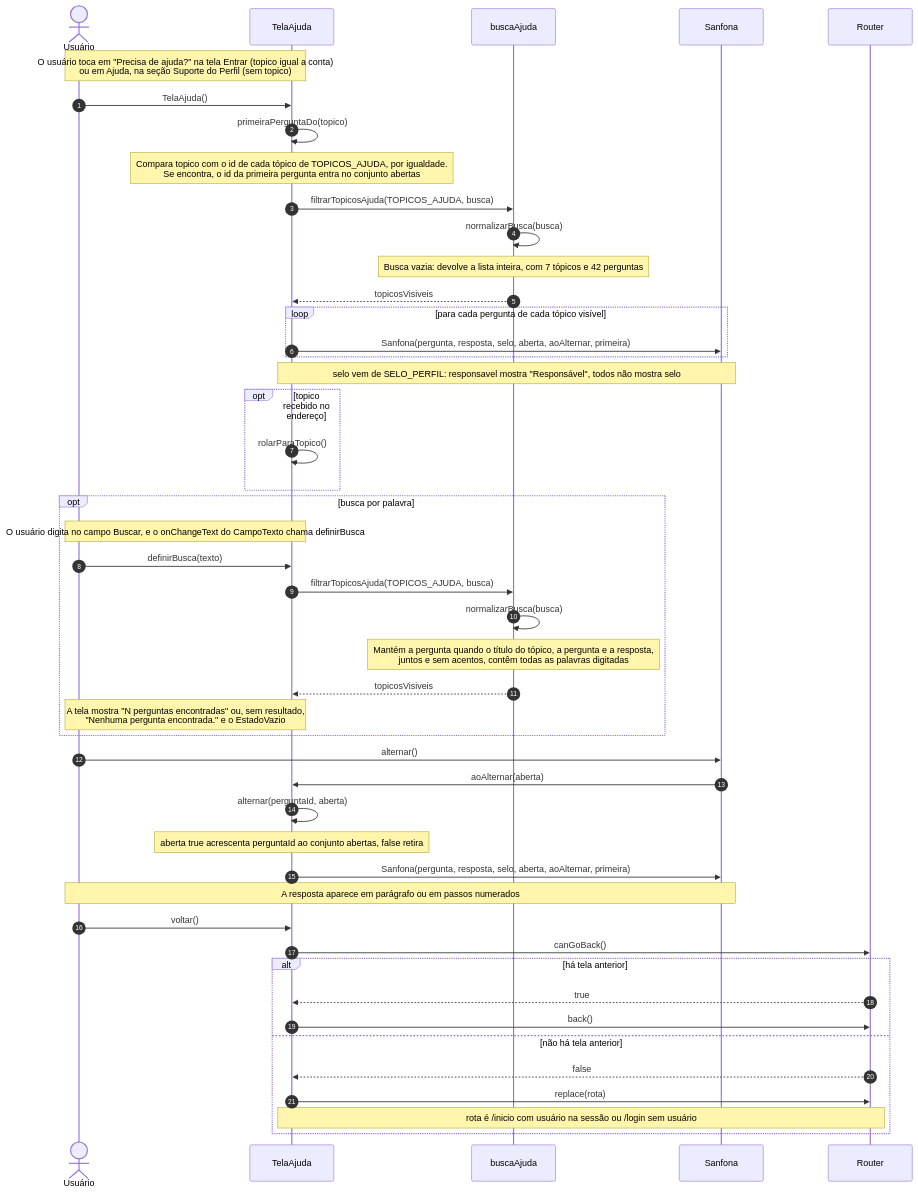
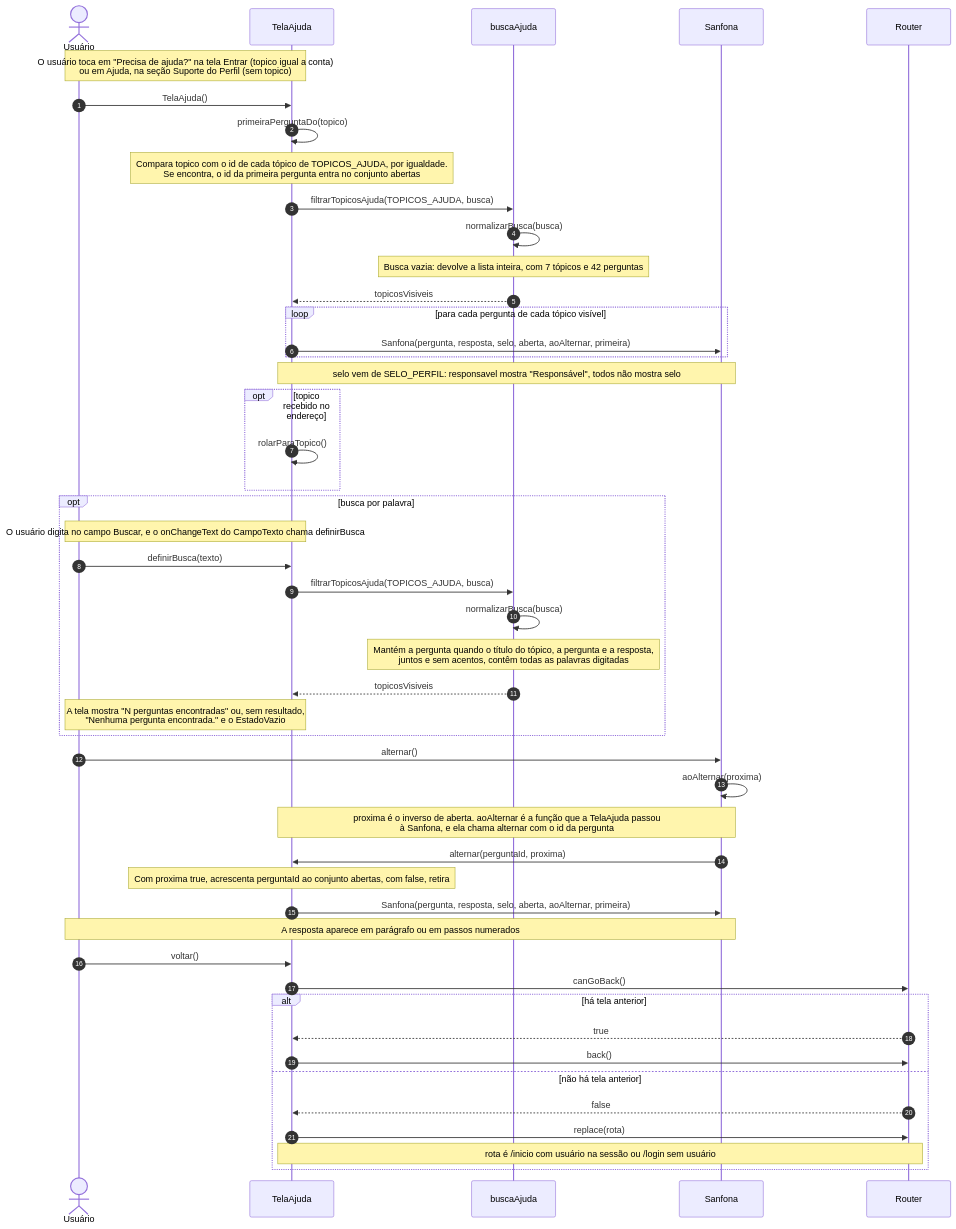
The first of 2 diagrams in 4 - Incremento 3/manual-de-utilizacao/6 - diagramas-sequencia-manual-de-utilizacao.md (Conecta-IFSP/DOCUMENTATION), drawn with Mermaid before and after one commit. The commit also changed other lines of this file and 97 other files, not shown here.

````diff
--- a/4 - Incremento 3/manual-de-utilizacao/6 - diagramas-sequencia-manual-de-utilizacao.md
+++ b/4 - Incremento 3/manual-de-utilizacao/6 - diagramas-sequencia-manual-de-utilizacao.md
@@ -24,49 +27,50 @@
 ```mermaid
 sequenceDiagram
     autonumber
     actor U as Usuário
     participant T as TelaAjuda
     participant B as buscaAjuda
     participant S as Sanfona
     participant R as Router
     Note over U,T: O usuário toca em "Precisa de ajuda?" na tela Entrar (topico igual a conta)<br/>ou em Ajuda, na seção Suporte do Perfil (sem topico)
     U->>T: TelaAjuda()
     T->>T: primeiraPerguntaDo(topico)
     Note over T: Compara topico com o id de cada tópico de TOPICOS_AJUDA, por igualdade.<br/>Se encontra, o id da primeira pergunta entra no conjunto abertas
     T->>B: filtrarTopicosAjuda(TOPICOS_AJUDA, busca)
     B->>B: normalizarBusca(busca)
     Note over B: Busca vazia: devolve a lista inteira, com 7 tópicos e 42 perguntas
     B-->>T: topicosVisiveis
     loop para cada pergunta de cada tópico visível
         T->>S: Sanfona(pergunta, resposta, selo, aberta, aoAlternar, primeira)
     end
     Note over T,S: selo vem de SELO_PERFIL: responsavel mostra "Responsável", todos não mostra selo
     opt topico recebido no endereço
         T->>T: rolarParaTopico()
     end
     opt busca por palavra
         Note over U,T: O usuário digita no campo Buscar, e o onChangeText do CampoTexto chama definirBusca
         U->>T: definirBusca(texto)
         T->>B: filtrarTopicosAjuda(TOPICOS_AJUDA, busca)
         B->>B: normalizarBusca(busca)
         Note over B: Mantém a pergunta quando o título do tópico, a pergunta e a resposta,<br/>juntos e sem acentos, contêm todas as palavras digitadas
         B-->>T: topicosVisiveis
         Note over U,T: A tela mostra "N perguntas encontradas" ou, sem resultado,<br/>"Nenhuma pergunta encontrada." e o EstadoVazio
     end
     U->>S: alternar()
-    S->>T: aoAlternar(aberta)
-    T->>T: alternar(perguntaId, aberta)
-    Note over T: aberta true acrescenta perguntaId ao conjunto abertas, false retira
+    S->>S: aoAlternar(proxima)
+    Note over S,T: proxima é o inverso de aberta. aoAlternar é a função que a TelaAjuda passou<br/>à Sanfona, e ela chama alternar com o id da pergunta
+    S->>T: alternar(perguntaId, proxima)
+    Note over T: Com proxima true, acrescenta perguntaId ao conjunto abertas, com false, retira
     T->>S: Sanfona(pergunta, resposta, selo, aberta, aoAlternar, primeira)
     Note over U,S: A resposta aparece em parágrafo ou em passos numerados
     U->>T: voltar()
     T->>R: canGoBack()
     alt há tela anterior
         R-->>T: true
         T->>R: back()
     else não há tela anterior
         R-->>T: false
         T->>R: replace(rota)
         Note over T,R: rota é /inicio com usuário na sessão ou /login sem usuário
     end
 ```
````
